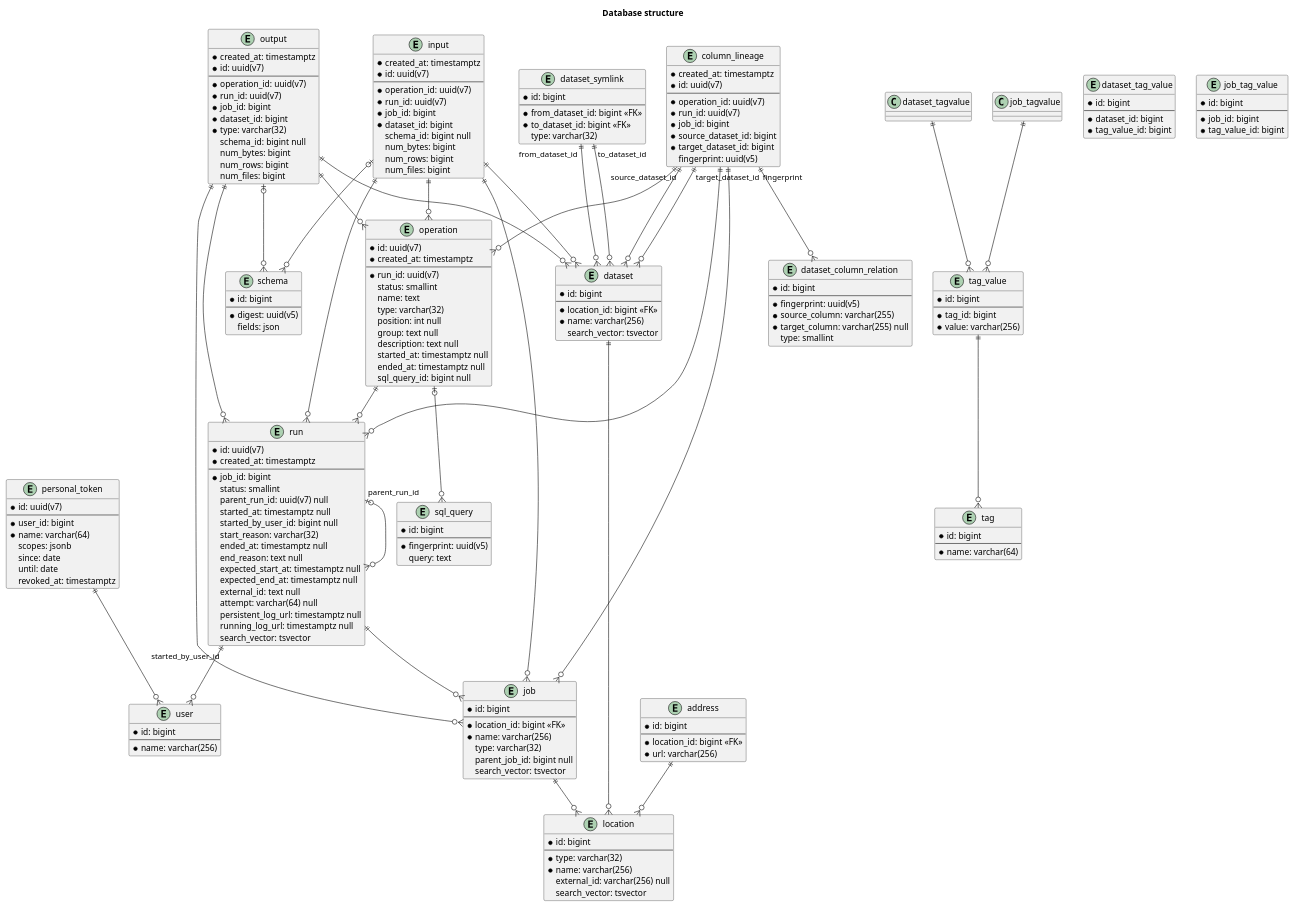
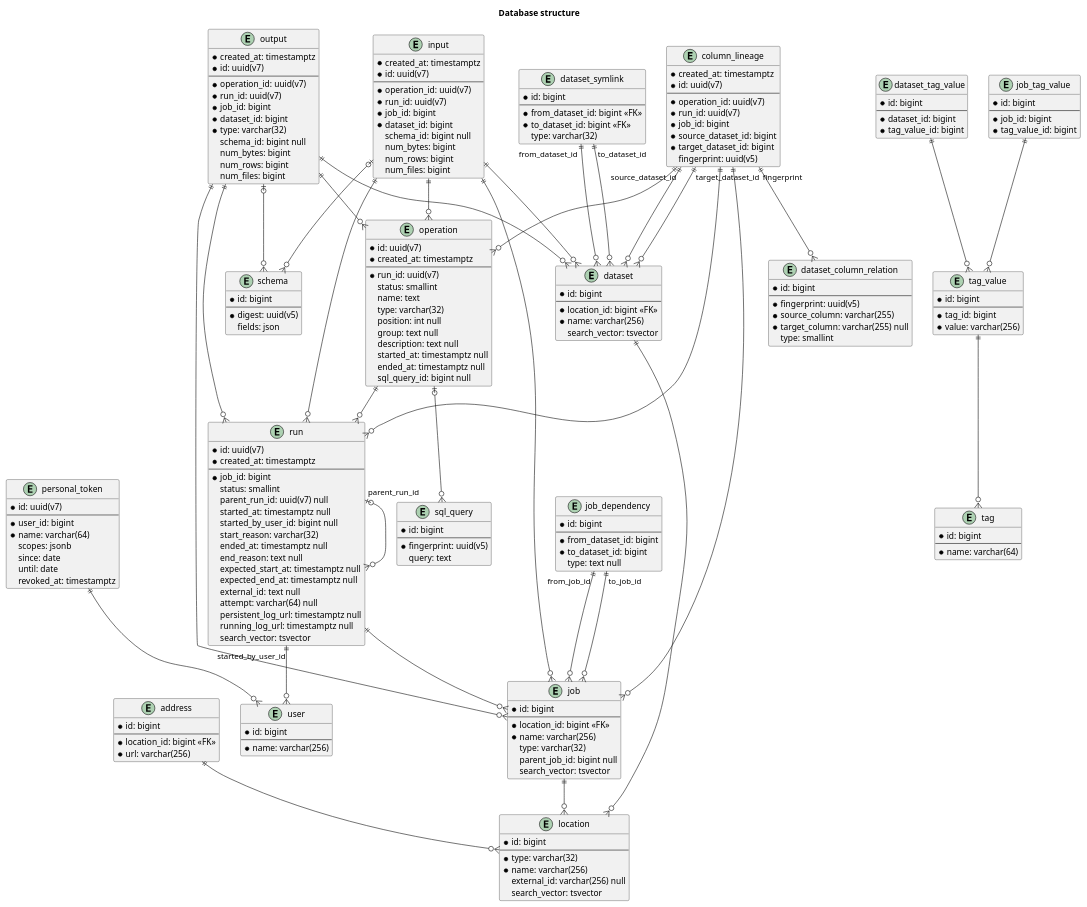
One commit to MTSWebServices/data-rentgen changed the diagram in docs/reference/database/structure.rst. Above: the diagram before and after it, drawn with PlantUML. The commit also changed 27 other files, not shown here.

```diff
--- a/docs/reference/database/structure.rst
+++ b/docs/reference/database/structure.rst
@@ -197,6 +197,14 @@
         revoked_at: timestamptz
     }
 
+    entity job_dependency {
+        * id: bigint
+        ----
+        * from_dataset_id: bigint
+        * to_dataset_id: bigint
+        type: text null
+    }
+
     address ||--o{ location
 
     dataset ||--o{ location
@@ -232,9 +240,12 @@
     column_lineage "fingerprint" ||--o{ dataset_column_relation
 
     tag_value ||--o{ tag
-    dataset_tagvalue ||--o{ tag_value
-    job_tagvalue ||--o{ tag_value
+    dataset_tag_value ||--o{ tag_value
+    job_tag_value ||--o{ tag_value
 
     personal_token ||--o{ user
 
+    job_dependency "from_job_id" ||--o{ job
+    job_dependency "to_job_id" ||--o{ job
+
     @enduml
```
